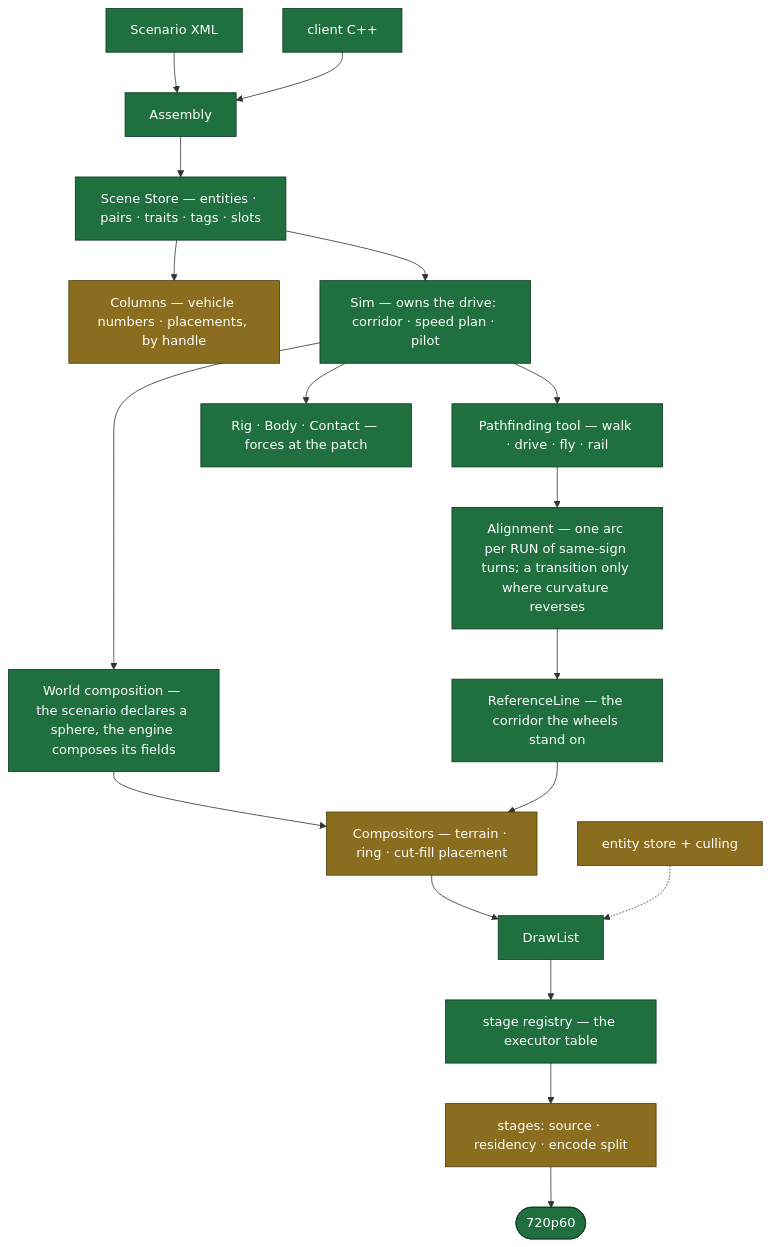
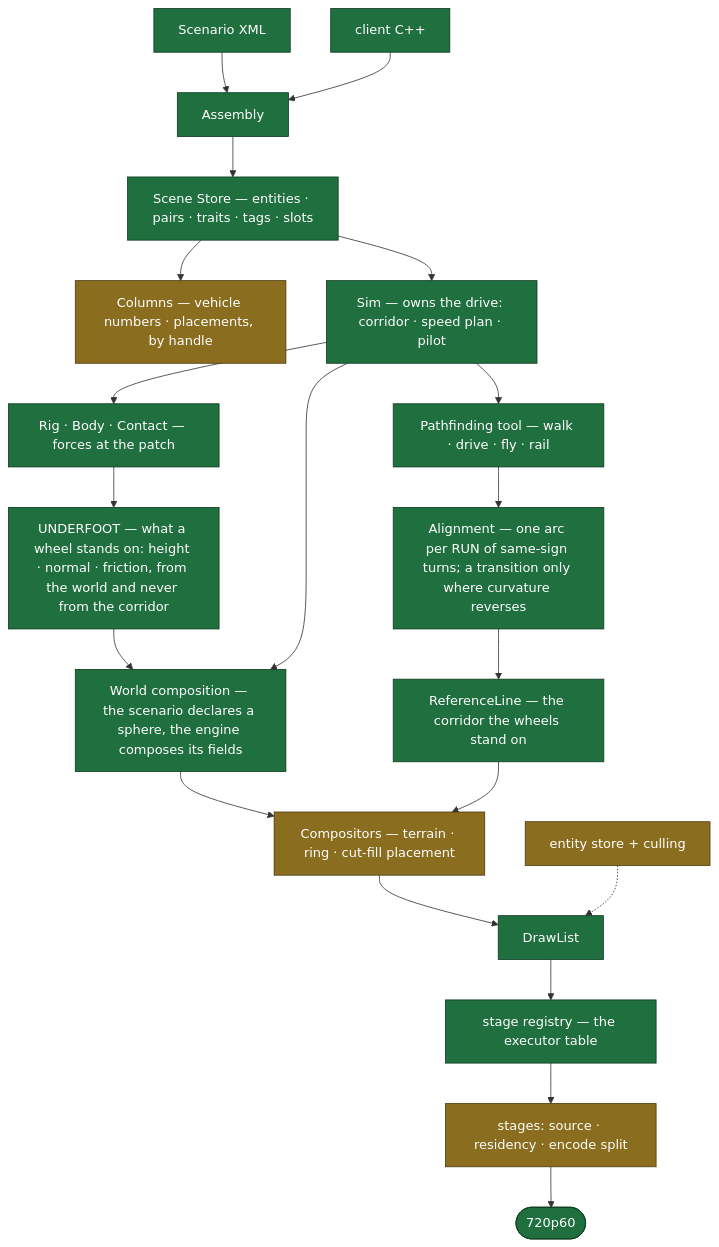
One commit to Weichwolf/outshine changed the fifth of 8 diagrams in CLAUDE.md. Above: the diagram before and after it, drawn with Mermaid. The commit also changed 2 other files, not shown here.

````diff
--- a/CLAUDE.md
+++ b/CLAUDE.md
@@ -167,24 +167,27 @@
 ```mermaid
 flowchart TD
   Scenario["Scenario XML"] --> Assembly
   ClientCode["client C++"] --> Assembly
   Assembly --> SceneStore["Scene Store — entities · pairs · traits · tags · slots"]
   SceneStore --> Columns["Columns — vehicle numbers · placements, by handle"]
   SceneStore --> SimD["Sim — owns the drive: corridor · speed plan · pilot"]
   SimD --> Pathfinding["Pathfinding tool — walk · drive · fly · rail"]
   Pathfinding --> Alignment["Alignment — one arc per RUN of same-sign turns; a transition only where curvature reverses"]
   Alignment --> Line["ReferenceLine — the corridor the wheels stand on"]
   SimD --> Physics["Rig · Body · Contact — forces at the patch"]
+  Physics --> Underfoot["UNDERFOOT — what a wheel stands on: height · normal · friction, from the world and never from the corridor"]
+  Underfoot --> WorldC
   SimD --> WorldC["World composition — the scenario declares a sphere, the engine composes its fields"]
   WorldC --> Compositors["Compositors — terrain · ring · cut-fill placement"]
   Line --> Compositors
   Compositors --> DrawList --> Registry["stage registry — the executor table"]
   Registry --> Stages["stages: source · residency · encode split"]
   Stages --> Frame(["720p60"])
   Entities["entity store + culling"] -.-> DrawList
 
   classDef sure fill:#1f6f3f,stroke:#0d3b21,color:#fff
   classDef likely fill:#8a6d1f,stroke:#4a3a0d,color:#fff
   class Scenario,ClientCode,Assembly,SceneStore,SimD,Pathfinding,Physics,Registry,DrawList,Frame,WorldC,Line,Alignment sure
   class Columns,Compositors,Stages,Entities likely
+  class Underfoot sure
 ```
````
